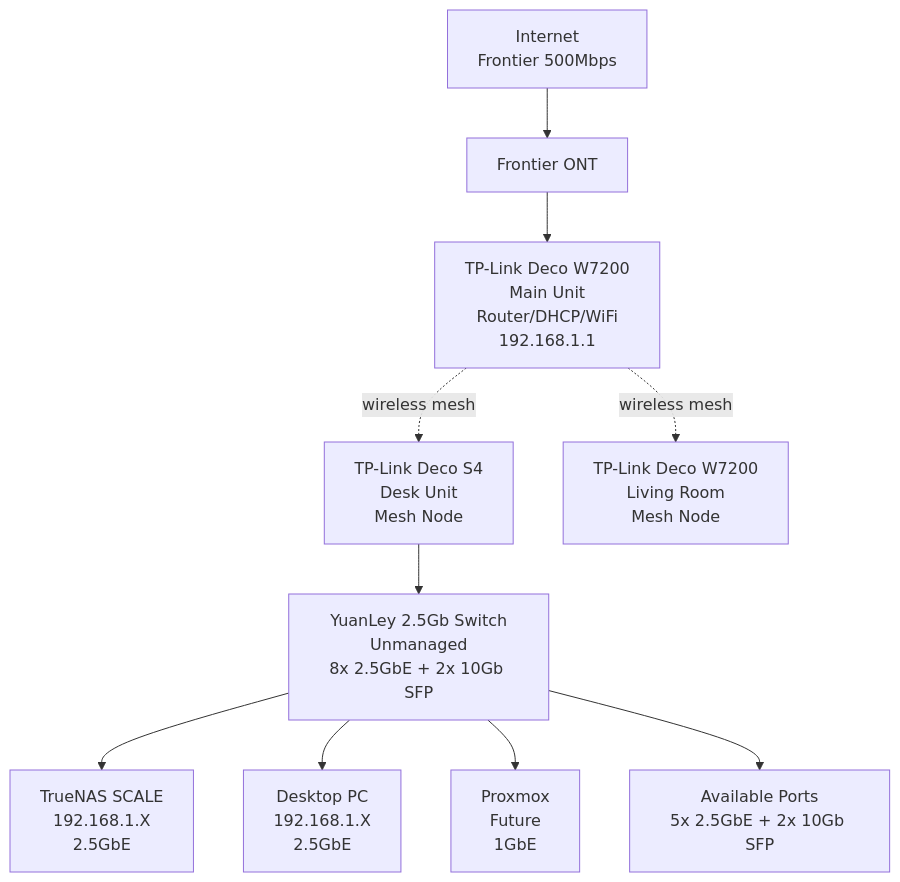
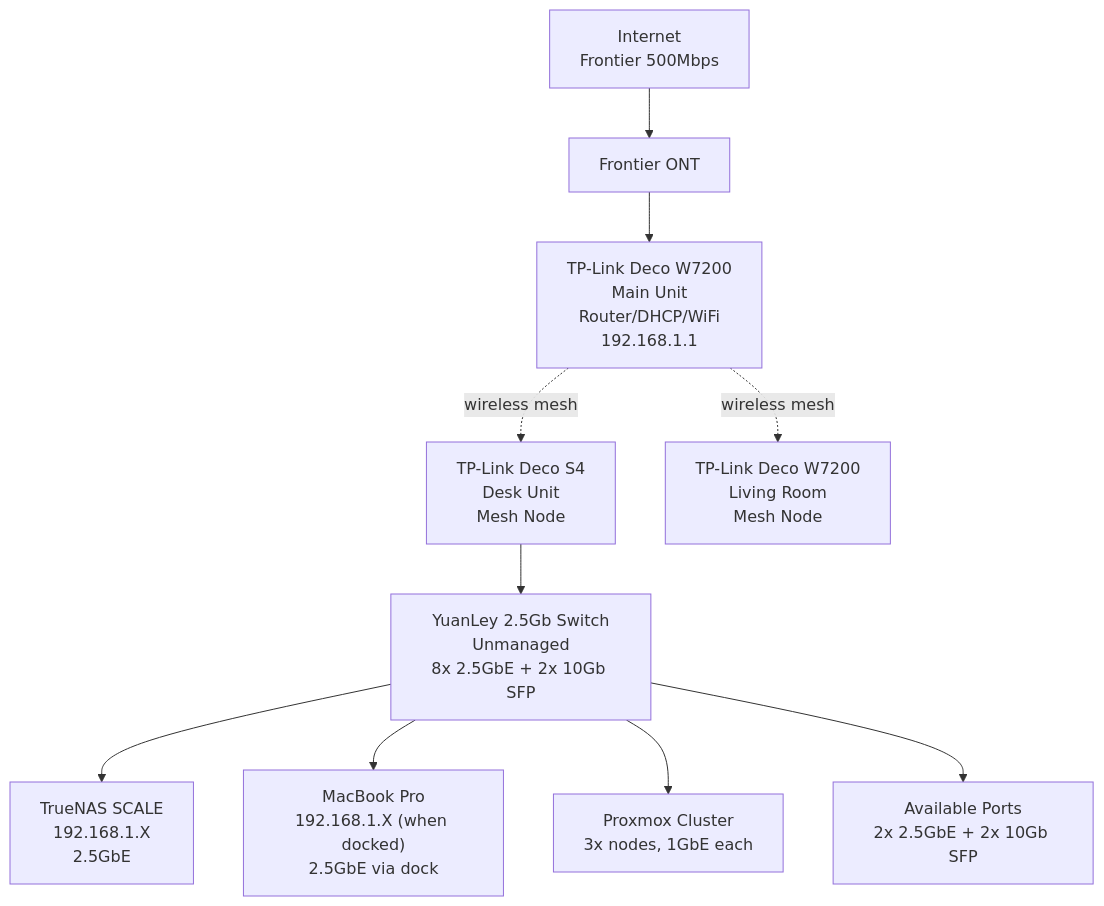
The diagram in docs/06-networking/current-setup.md (sadham-actual/homelab), drawn with Mermaid before and after one commit. The commit also changed other lines of this file and 8 other files, not shown here.

````diff
--- a/docs/06-networking/current-setup.md
+++ b/docs/06-networking/current-setup.md
@@ -179,24 +179,24 @@
 ```mermaid
 graph TB
     Internet[Internet<br/>Frontier 500Mbps]
     ONT[Frontier ONT]
     DecoMain["TP-Link Deco W7200<br/>Main Unit<br/>Router/DHCP/WiFi<br/>192.168.1.1"]
     DecoS4["TP-Link Deco S4<br/>Desk Unit<br/>Mesh Node"]
     DecoLR["TP-Link Deco W7200<br/>Living Room<br/>Mesh Node"]
     Switch["YuanLey 2.5Gb Switch<br/>Unmanaged<br/>8x 2.5GbE + 2x 10Gb SFP"]
     
     TrueNAS["TrueNAS SCALE<br/>192.168.1.X<br/>2.5GbE"]
-    Desktop["Desktop PC<br/>192.168.1.X<br/>2.5GbE"]
-    ProxmoxFuture["Proxmox<br/>Future<br/>1GbE"]
-    Available["Available Ports<br/>5x 2.5GbE + 2x 10Gb SFP"]
+    Desktop["MacBook Pro<br/>192.168.1.X (when docked)<br/>2.5GbE via dock"]
+    ProxmoxCluster["Proxmox Cluster<br/>3x nodes, 1GbE each"]
+    Available["Available Ports<br/>2x 2.5GbE + 2x 10Gb SFP"]
     
     Internet --> ONT
     ONT --> DecoMain
     DecoMain -.wireless mesh.-> DecoS4
     DecoMain -.wireless mesh.-> DecoLR
     DecoS4 --> Switch
     Switch --> TrueNAS
     Switch --> Desktop
-    Switch --> ProxmoxFuture
+    Switch --> ProxmoxCluster
     Switch --> Available
 ```
````
